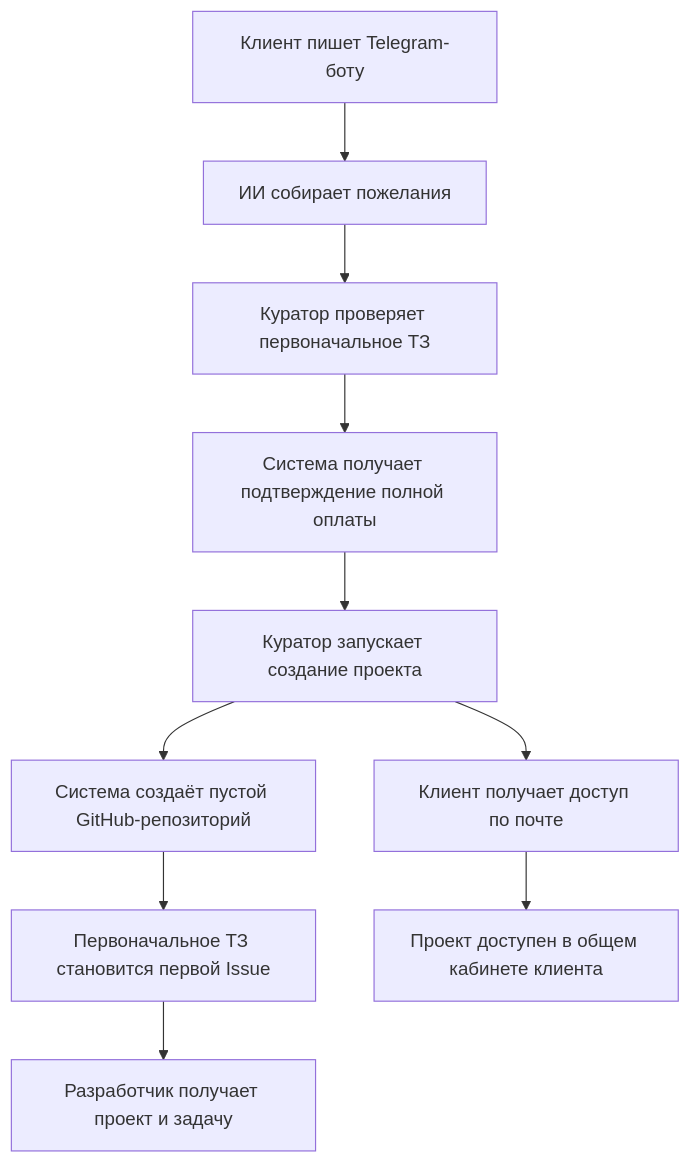
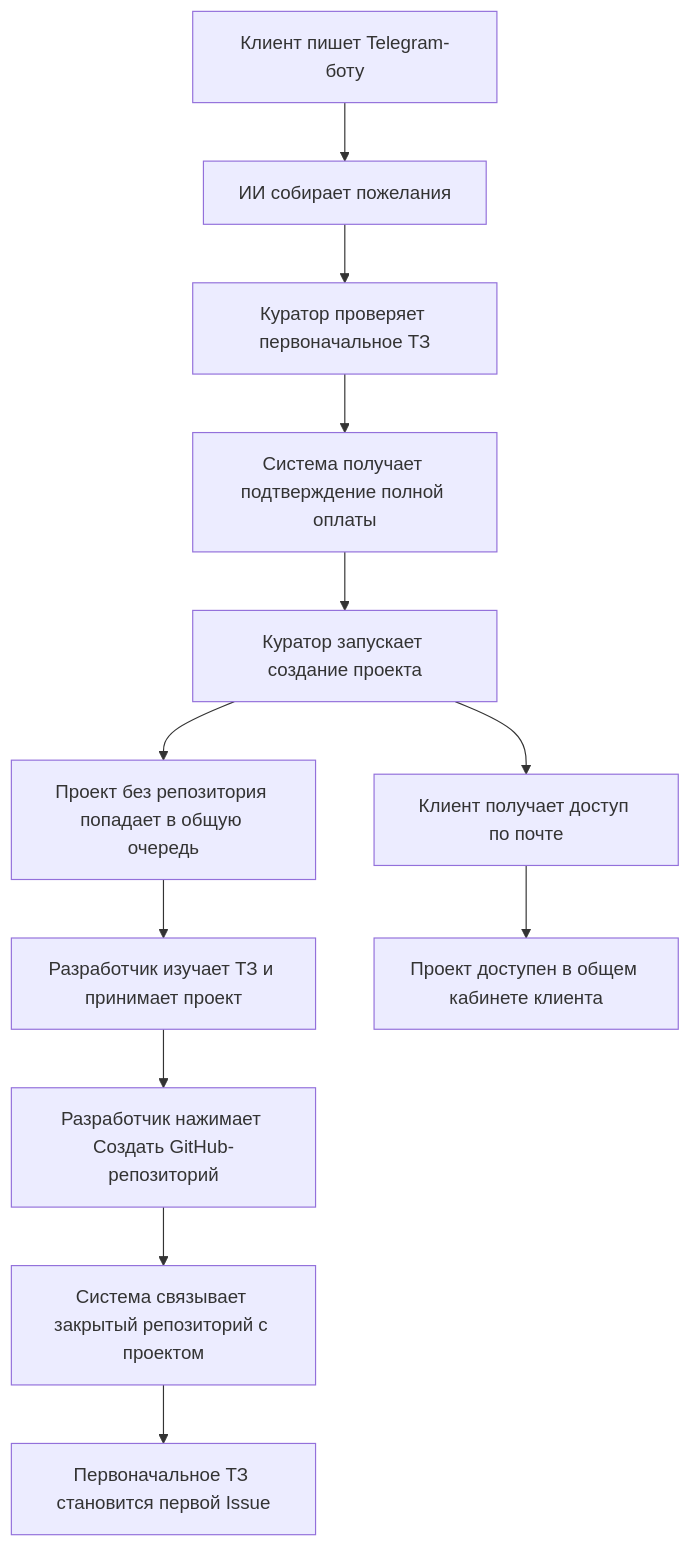
The diagram in docs/client-portal.md (Matthew-zzz/node_studio), drawn with Mermaid before and after one commit. The commit also changed other lines of this file and 27 other files, not shown here.

````diff
--- a/docs/client-portal.md
+++ b/docs/client-portal.md
@@ -105,12 +105,14 @@
 ```mermaid
 flowchart TD
     A[Клиент пишет Telegram-боту] --> B[ИИ собирает пожелания]
     B --> C[Куратор проверяет первоначальное ТЗ]
     C --> D[Система получает подтверждение полной оплаты]
     D --> E[Куратор запускает создание проекта]
-    E --> F[Система создаёт пустой GitHub-репозиторий]
-    F --> G[Первоначальное ТЗ становится первой Issue]
-    G --> H[Разработчик получает проект и задачу]
+    E --> F[Проект без репозитория попадает в общую очередь]
+    F --> G[Разработчик изучает ТЗ и принимает проект]
+    G --> H[Разработчик нажимает Создать GitHub-репозиторий]
+    H --> K[Система связывает закрытый репозиторий с проектом]
+    K --> L[Первоначальное ТЗ становится первой Issue]
     E --> I[Клиент получает доступ по почте]
     I --> J[Проект доступен в общем кабинете клиента]
 ```
````
